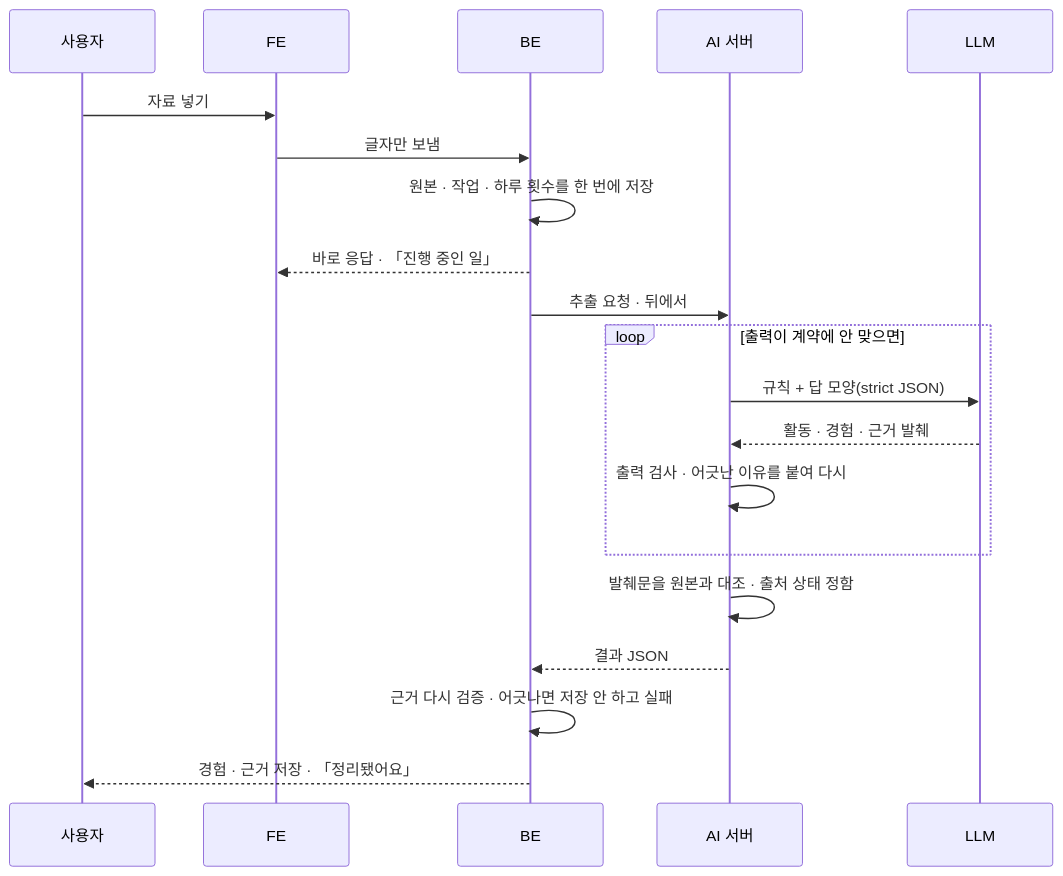
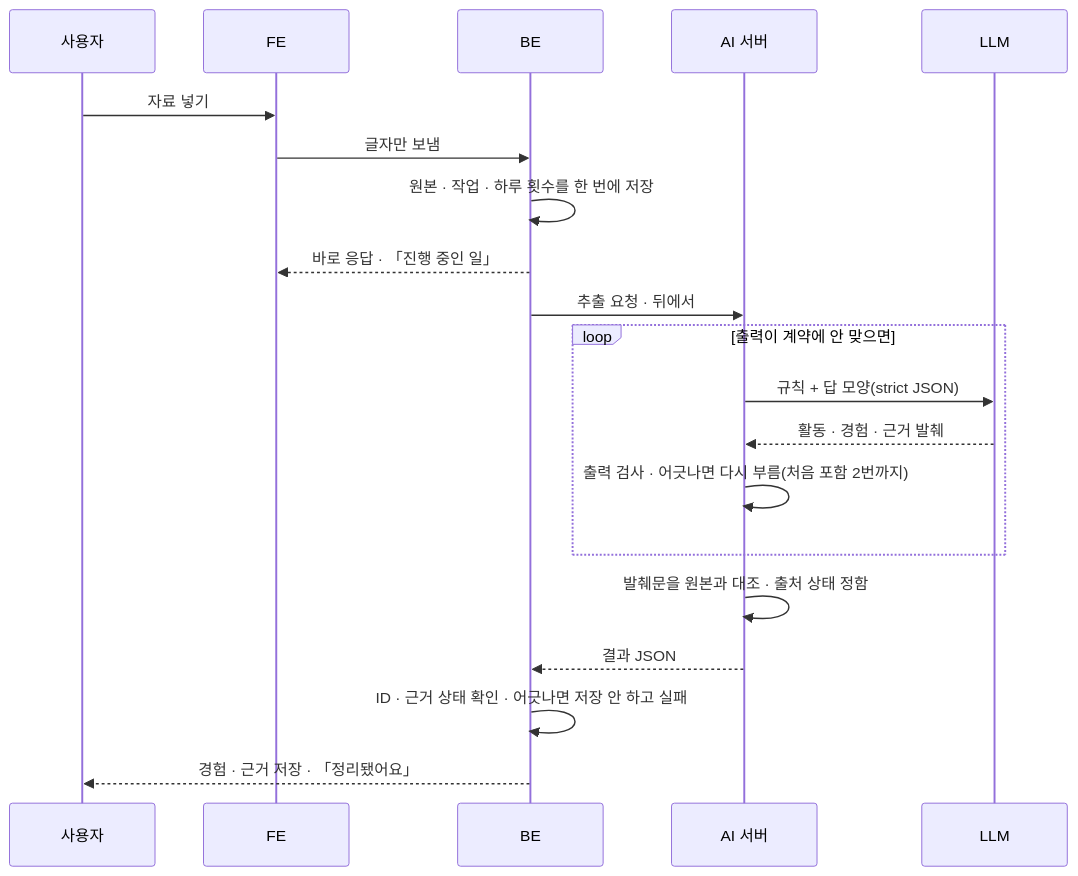
The second of 2 diagrams in README.md (woowangthon/WOOWANGTHON_TEAM_12_ETC), drawn with Mermaid before and after one commit. The commit also changed other lines of this file, not shown here.

````diff
--- a/README.md
+++ b/README.md
@@ -108,22 +108,22 @@
 ```mermaid
 sequenceDiagram
     participant U as 사용자
     participant FE as FE
     participant BE as BE
     participant AI as AI 서버
     participant L as LLM
     U->>FE: 자료 넣기
     FE->>BE: 글자만 보냄
     BE->>BE: 원본 · 작업 · 하루 횟수를 한 번에 저장
     BE-->>FE: 바로 응답 · 「진행 중인 일」
     BE->>AI: 추출 요청 · 뒤에서
     loop 출력이 계약에 안 맞으면
         AI->>L: 규칙 + 답 모양(strict JSON)
         L-->>AI: 활동 · 경험 · 근거 발췌
-        AI->>AI: 출력 검사 · 어긋난 이유를 붙여 다시
+        AI->>AI: 출력 검사 · 어긋나면 다시 부름(처음 포함 2번까지)
     end
     AI->>AI: 발췌문을 원본과 대조 · 출처 상태 정함
     AI-->>BE: 결과 JSON
-    BE->>BE: 근거 다시 검증 · 어긋나면 저장 안 하고 실패
+    BE->>BE: ID · 근거 상태 확인 · 어긋나면 저장 안 하고 실패
     BE-->>U: 경험 · 근거 저장 · 「정리됐어요」
 ```
````
